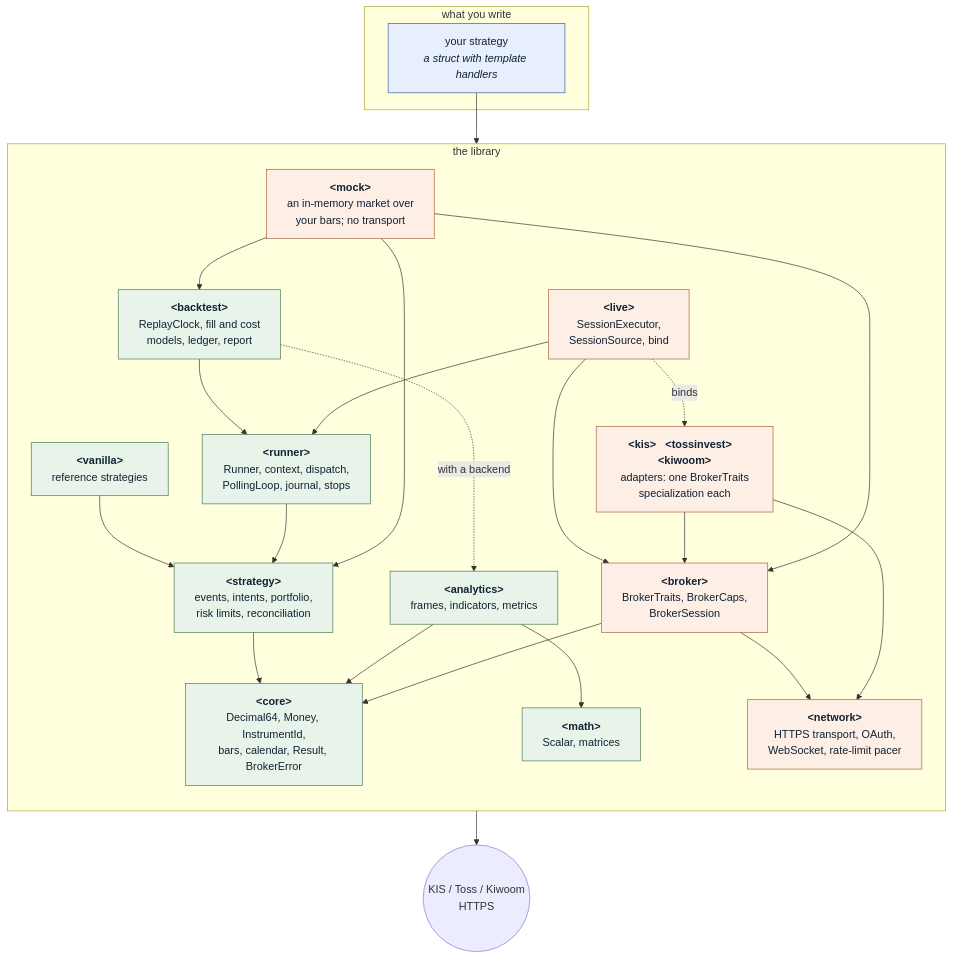
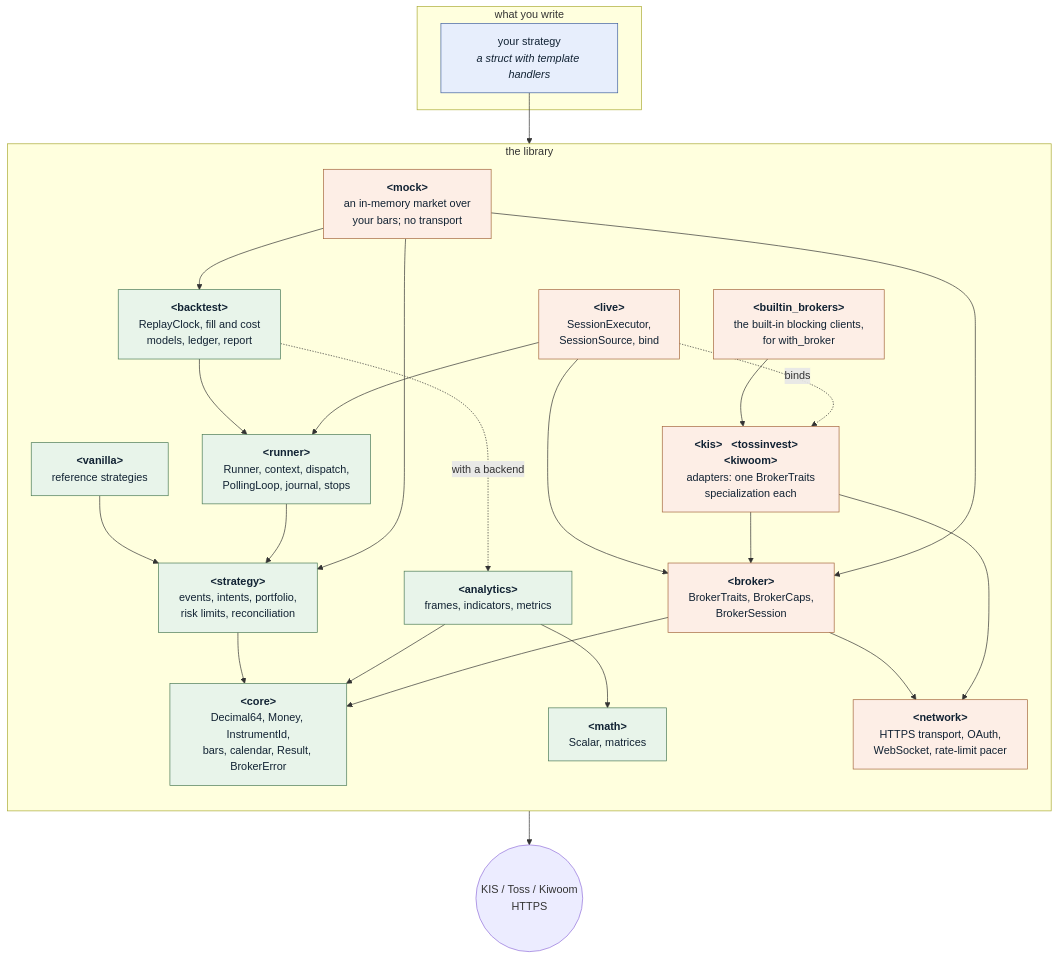
The first of 5 diagrams in doxygen/vignettes/architecture.md (algotradelib/algotradelib), drawn with Mermaid before and after one commit. The commit also changed 2 other files, not shown here.

Commit message:
docs(broker): describe with_broker, make_client, resolve_account and no_account

````diff
--- a/doxygen/vignettes/architecture.md
+++ b/doxygen/vignettes/architecture.md
@@ -14,51 +14,53 @@
 ```mermaid
 graph TD
   subgraph W["what you write"]
     S["your strategy<br/><i>a struct with template handlers</i>"]
   end
 
   subgraph L["the library"]
     direction TB
     V["<b>&lt;vanilla&gt;</b><br/>reference strategies"]
     ST["<b>&lt;strategy&gt;</b><br/>events, intents, portfolio,<br/>risk limits, reconciliation"]
     RU["<b>&lt;runner&gt;</b><br/>Runner, context, dispatch,<br/>PollingLoop, journal, stops"]
     BT["<b>&lt;backtest&gt;</b><br/>ReplayClock, fill and cost<br/>models, ledger, report"]
     LV["<b>&lt;live&gt;</b><br/>SessionExecutor,<br/>SessionSource, bind"]
     AN["<b>&lt;analytics&gt;</b><br/>frames, indicators, metrics"]
     MA["<b>&lt;math&gt;</b><br/>Scalar, matrices"]
     BR["<b>&lt;broker&gt;</b><br/>BrokerTraits, BrokerCaps,<br/>BrokerSession"]
     CO["<b>&lt;core&gt;</b><br/>Decimal64, Money, InstrumentId,<br/>bars, calendar, Result, BrokerError"]
     NW["<b>&lt;network&gt;</b><br/>HTTPS transport, OAuth,<br/>WebSocket, rate-limit pacer"]
     KT["<b>&lt;kis&gt;</b> &nbsp; <b>&lt;tossinvest&gt;</b> &nbsp; <b>&lt;kiwoom&gt;</b><br/>adapters: one BrokerTraits<br/>specialization each"]
     MK["<b>&lt;mock&gt;</b><br/>an in-memory market over<br/>your bars; no transport"]
+    BB["<b>&lt;builtin_brokers&gt;</b><br/>the built-in blocking clients,<br/>for with_broker"]
   end
 
   X(("KIS / Toss / Kiwoom<br/>HTTPS"))
 
   S --> ST
   V --> ST
   ST --> CO
   RU --> ST
   BT --> RU
   BT -. "with a backend" .-> AN
   LV --> RU
   LV --> BR
   AN --> MA
   AN --> CO
   BR --> CO
   BR --> NW
   KT --> BR
   KT --> NW
   MK --> BR
   MK --> BT
   MK --> ST
+  BB --> KT
   LV -.binds.-> KT
   NW --> X
 
   classDef pure fill:#e8f4ea,stroke:#4a7a55,color:#123
   classDef io fill:#fdeee6,stroke:#a4663c,color:#123
   classDef you fill:#e7eefc,stroke:#3f5f9e,color:#123
   class S you
   class V,ST,RU,BT,AN,MA,CO pure
-  class BR,NW,KT,LV,MK io
+  class BR,NW,KT,LV,MK,BB io
 ```
````
